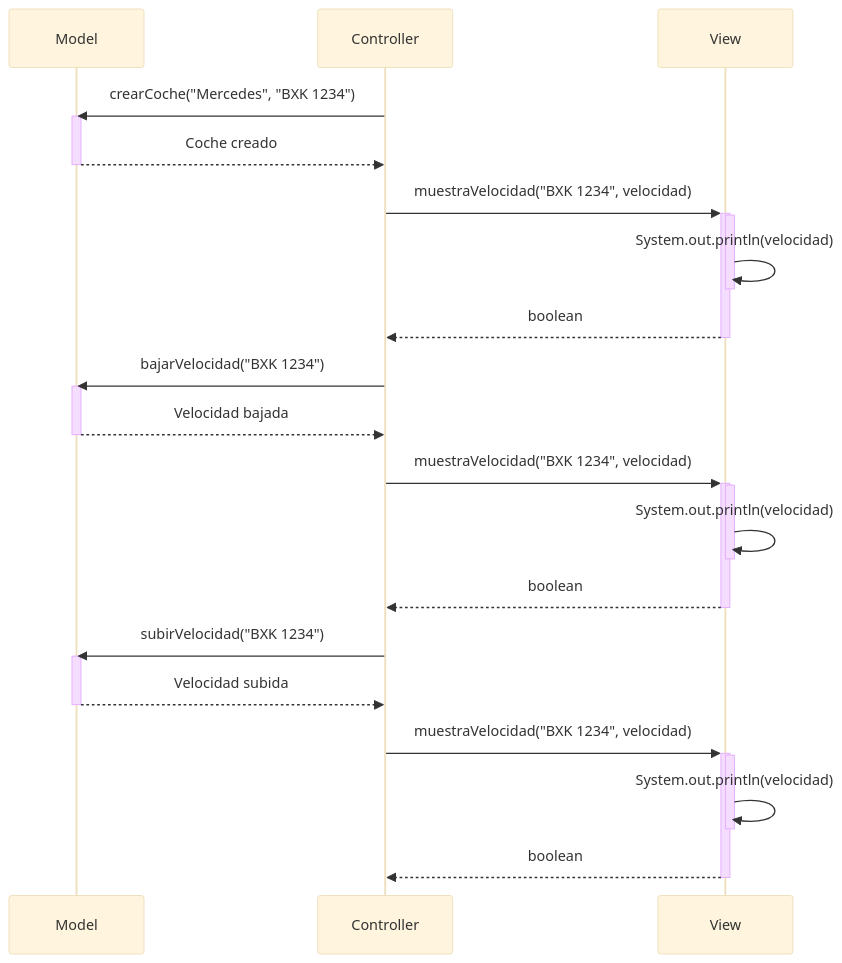
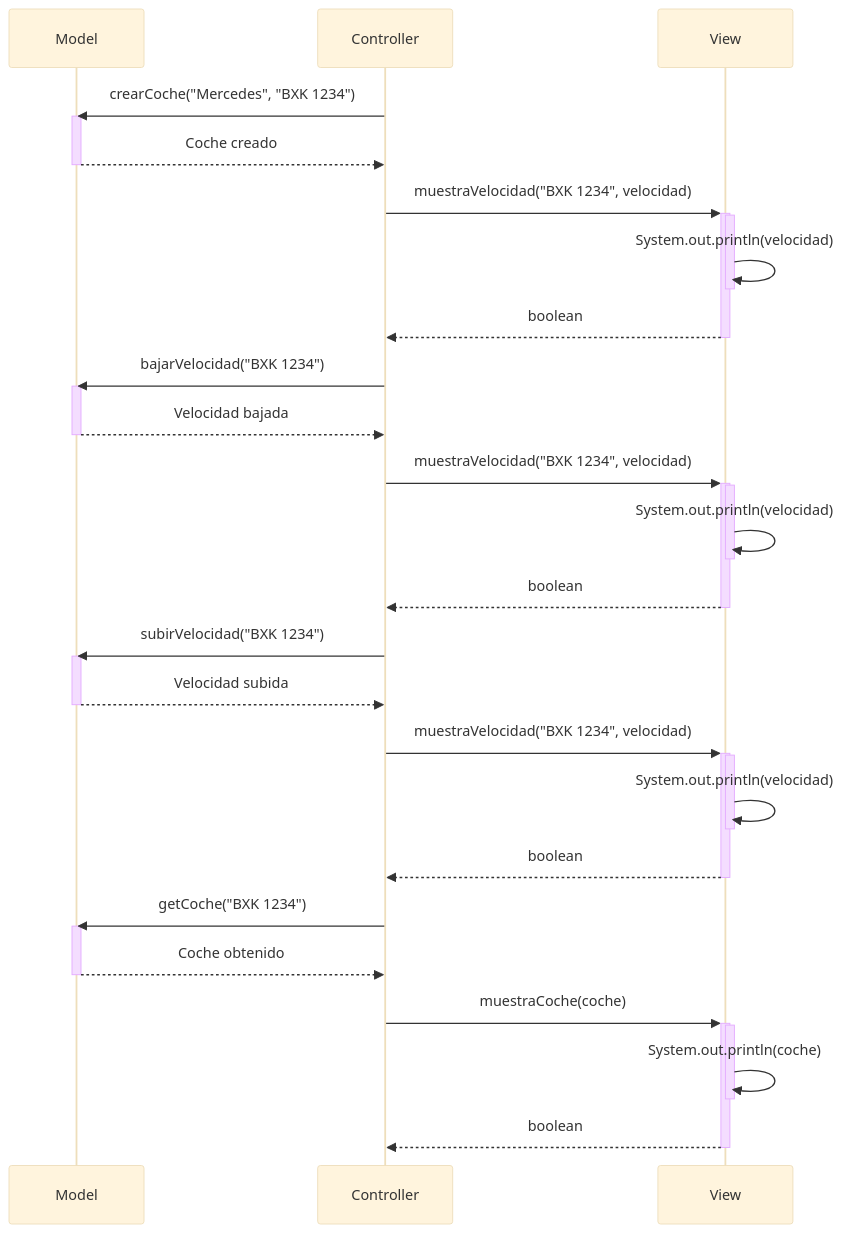
The second of 2 diagrams in Readme.md (damiancastelao/MVC_coches_solucion), drawn with Mermaid (base theme) before and after one commit. The commit also changed other lines of this file and 5 other files, not shown here.

````diff
--- a/Readme.md
+++ b/Readme.md
@@ -87,33 +61,43 @@
 ```mermaid
 sequenceDiagram
     participant Model
     participant Controller
     participant View
     Controller->>Model: crearCoche("Mercedes", "BXK 1234")
     activate Model
     Model-->>Controller: Coche creado
     deactivate Model
     Controller->>+View: muestraVelocidad("BXK 1234", velocidad)
     activate View
     View->>-View: System.out.println(velocidad)
     View-->>Controller: boolean
     deactivate View
     Controller->>Model: bajarVelocidad("BXK 1234")
     activate Model
     Model-->>Controller: Velocidad bajada
     deactivate Model
     Controller->>+View: muestraVelocidad("BXK 1234", velocidad)
     activate View
     View->>-View: System.out.println(velocidad)
     View-->>Controller: boolean
     deactivate View
     Controller->>Model: subirVelocidad("BXK 1234")
     activate Model
     Model-->>Controller: Velocidad subida
     deactivate Model
     Controller->>+View: muestraVelocidad("BXK 1234", velocidad)
     activate View
     View->>-View: System.out.println(velocidad)
     View-->>Controller: boolean
     deactivate View
+    Controller->>Model: getCoche("BXK 1234")
+    activate Model
+    Model-->>Controller: Coche obtenido
+    deactivate Model
+    Controller->>+View: muestraCoche(coche)
+    activate View
+    View->>-View: System.out.println(coche)
+    View-->>Controller: boolean
+    deactivate View
+
 ```
````
